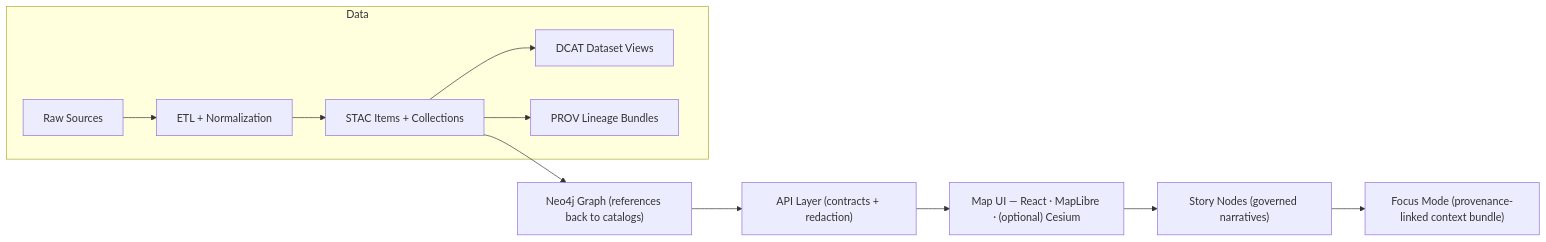
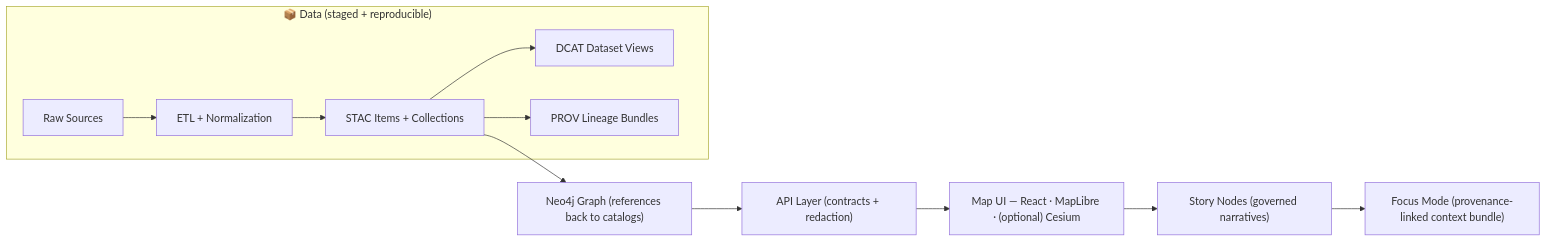
Before and after one commit to bartytime4life/Kansas-Frontier-Matrix: the diagram in docs/README.md, drawn with Mermaid. The commit also changed other lines of this file, not shown here.

````diff
--- a/docs/README.md
+++ b/docs/README.md
@@ -44,16 +103,16 @@
 ```mermaid
 flowchart LR
   %% High-level KFM pipeline (governed ordering)
-  subgraph Data
+  subgraph Data["📦 Data (staged + reproducible)"]
     A["Raw Sources"] --> B["ETL + Normalization"]
     B --> C["STAC Items + Collections"]
     C --> D["DCAT Dataset Views"]
     C --> E["PROV Lineage Bundles"]
   end
 
   C --> G["Neo4j Graph (references back to catalogs)"]
   G --> H["API Layer (contracts + redaction)"]
   H --> I["Map UI — React · MapLibre · (optional) Cesium"]
   I --> J["Story Nodes (governed narratives)"]
   J --> K["Focus Mode (provenance-linked context bundle)"]
 ```
````
